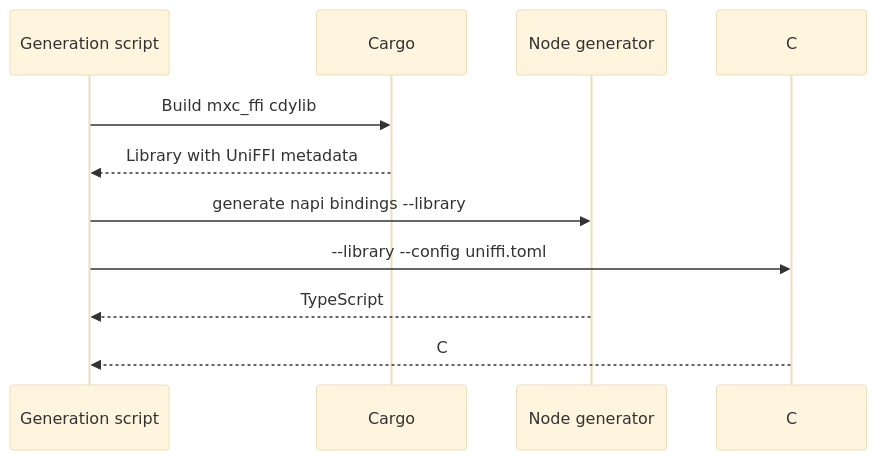
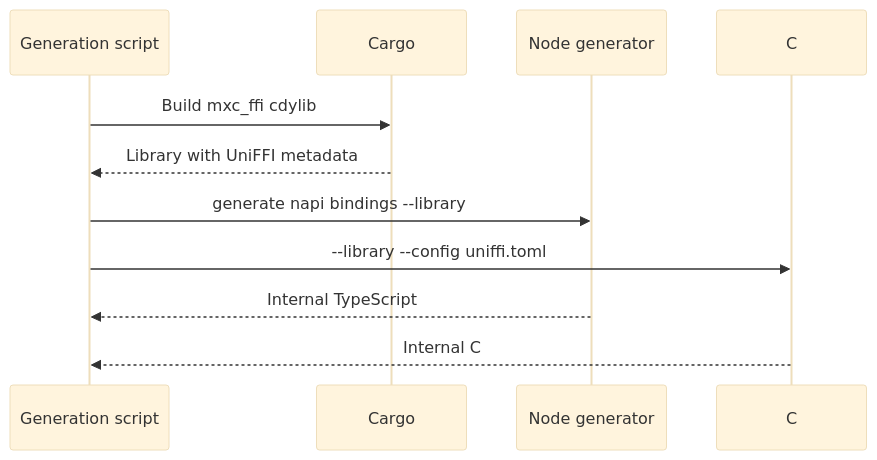
The second of 3 diagrams in docs/designs/SDK/uniffi-binding-generation.md (microsoft/mxc), drawn with Mermaid (base theme) before and after one commit. The commit also changed other lines of this file and 2 other files, not shown here.

````diff
--- a/docs/designs/SDK/uniffi-binding-generation.md
+++ b/docs/designs/SDK/uniffi-binding-generation.md
@@ -38,13 +39,13 @@
 ```mermaid
 sequenceDiagram
     participant G as Generation script
     participant C as Cargo
     participant N as Node generator
     participant D as C# generator
     G->>C: Build mxc_ffi cdylib
     C-->>G: Library with UniFFI metadata
     G->>N: generate napi bindings --library
     G->>D: --library --config uniffi.toml
-    N-->>G: TypeScript
-    D-->>G: C#
+    N-->>G: Internal TypeScript
+    D-->>G: Internal C#
 ```
````
